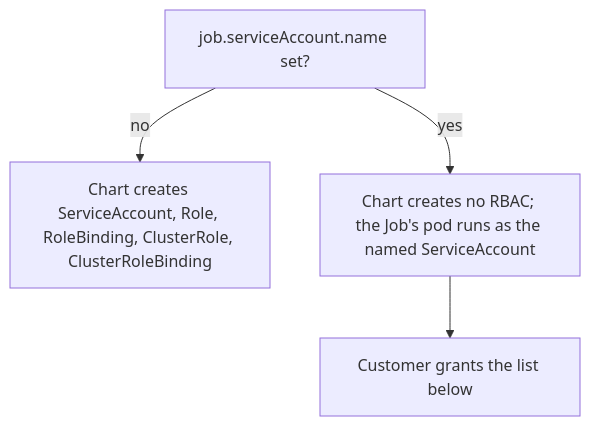
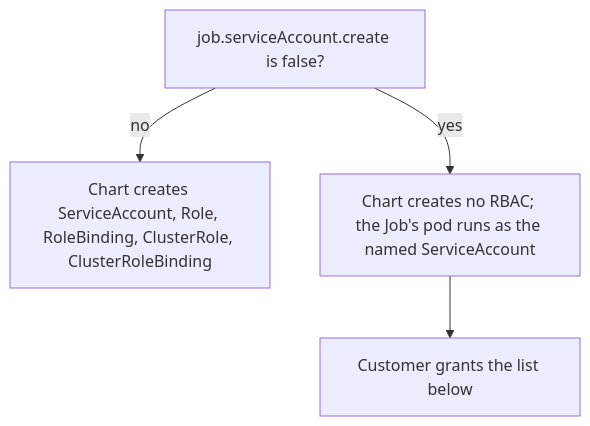
The diagram in specs/deployment/on-demand-collection.md (apollographql/router-support-tool), drawn with Mermaid before and after one commit. The commit also changed other lines of this file and 2 other files, not shown here.

Commit message:
Spec: add job.serviceAccount.create alongside job.serviceAccount.name

````diff
--- a/specs/deployment/on-demand-collection.md
+++ b/specs/deployment/on-demand-collection.md
@@ -267,6 +268,6 @@
 ```mermaid
 flowchart TD
-  A["job.serviceAccount.name set?"] -->|no| B["Chart creates ServiceAccount, Role, RoleBinding, ClusterRole, ClusterRoleBinding"]
+  A["job.serviceAccount.create is false?"] -->|no| B["Chart creates ServiceAccount, Role, RoleBinding, ClusterRole, ClusterRoleBinding"]
   A -->|yes| C["Chart creates no RBAC; the Job's pod runs as the named ServiceAccount"]
   C --> D["Customer grants the list below"]
 ```
````
